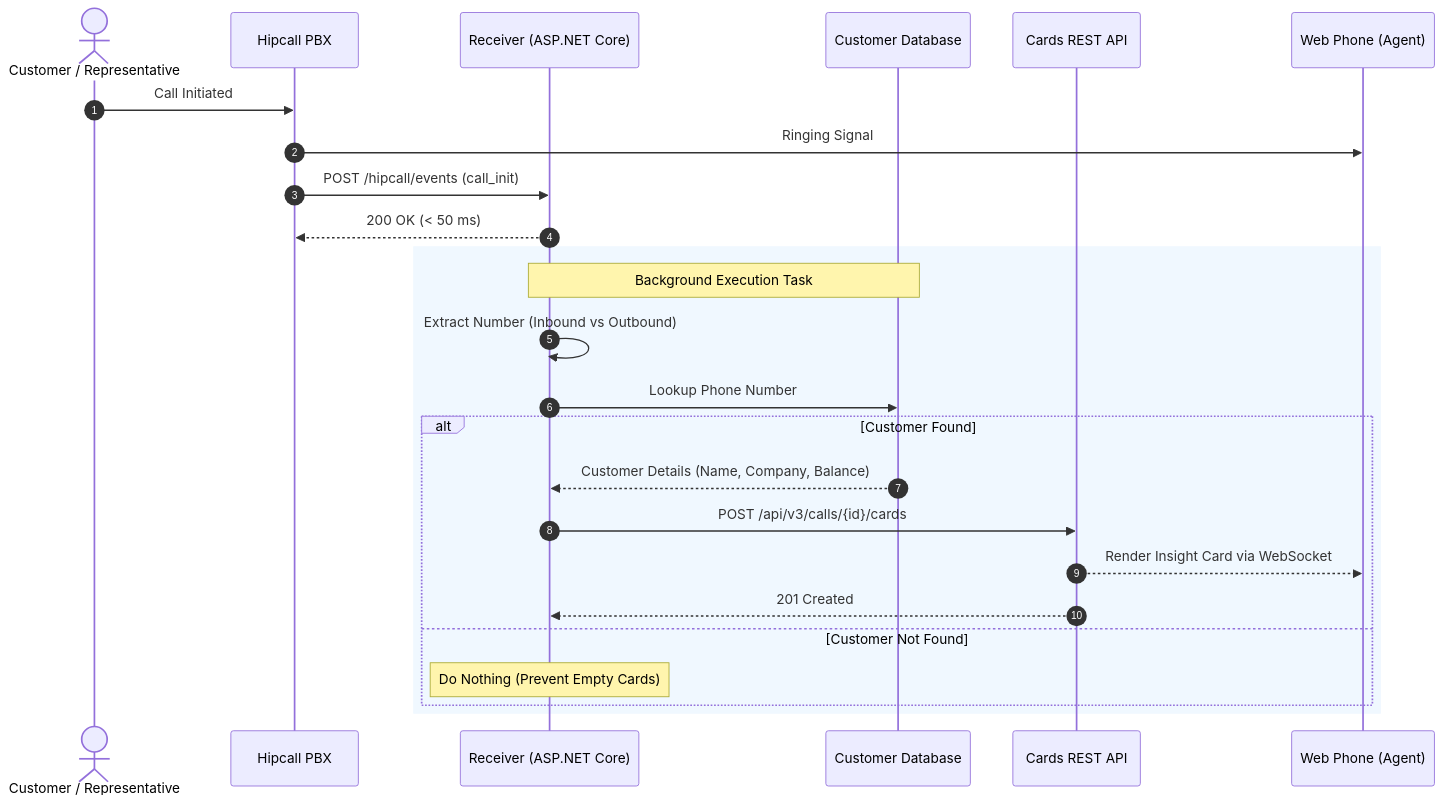
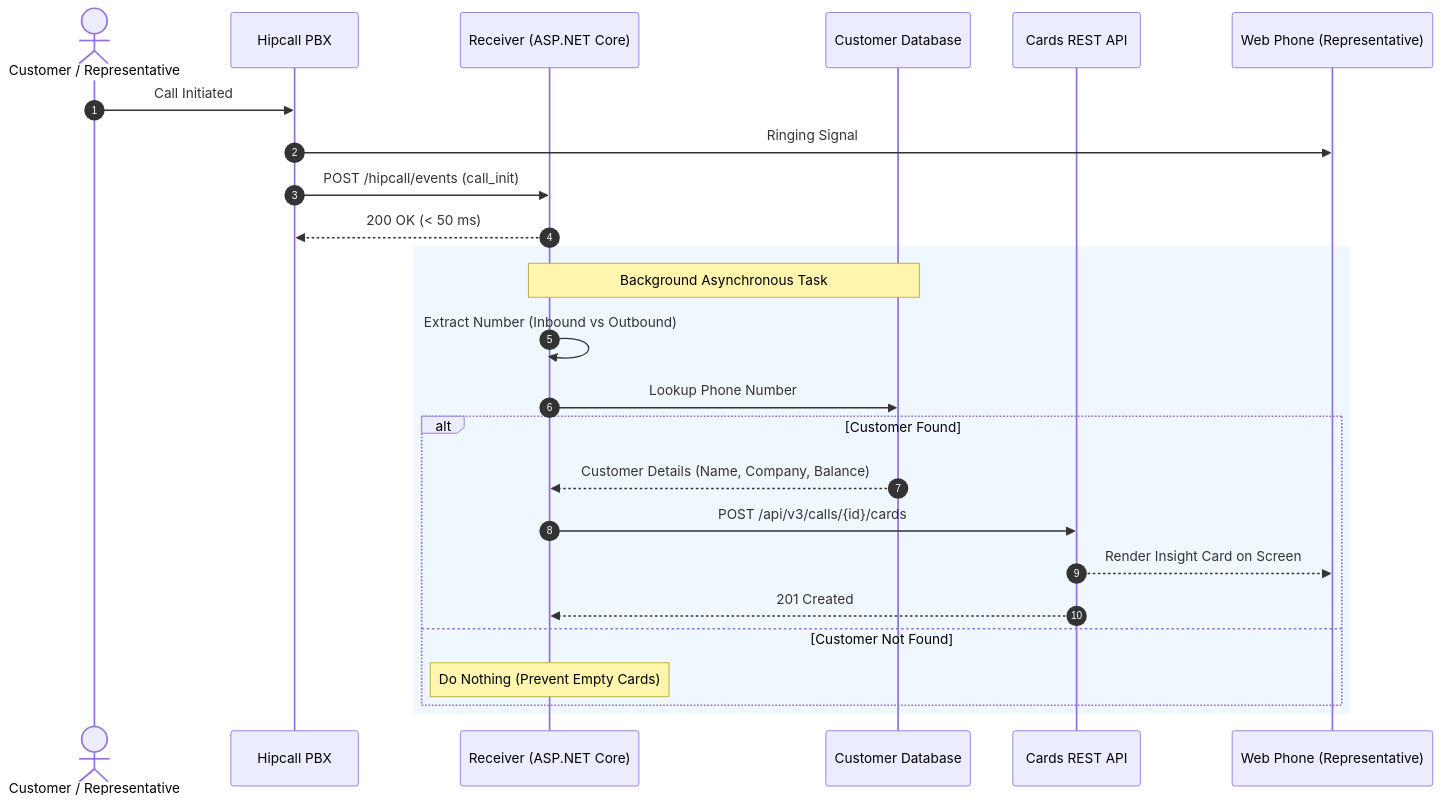
One commit to hipcall/2026-internship changed the diagram in blog/en/05/how-to-show-caller-context-with-insight-card.md. Above: the diagram before and after it, drawn with Mermaid. The commit also changed other lines of this file and 1 other file, not shown here.

````diff
--- a/blog/en/05/how-to-show-caller-context-with-insight-card.md
+++ b/blog/en/05/how-to-show-caller-context-with-insight-card.md
@@ -127,29 +124,29 @@
 ```mermaid
 sequenceDiagram
     autonumber
     actor Caller as Customer / Representative
     participant PBX as Hipcall PBX
     participant Receiver as Receiver (ASP.NET Core)
     participant CRM as Customer Database
     participant CardAPI as Cards REST API
-    participant UI as Web Phone (Agent)
+    participant UI as Web Phone (Representative)
 
     Caller->>PBX: Call Initiated
     PBX->>UI: Ringing Signal
     PBX->>Receiver: POST /hipcall/events (call_init)
     Receiver-->>PBX: 200 OK (< 50 ms)
     
     rect rgb(240, 248, 255)
-        Note over Receiver,CRM: Background Execution Task
+        Note over Receiver,CRM: Background Asynchronous Task
         Receiver->>Receiver: Extract Number (Inbound vs Outbound)
         Receiver->>CRM: Lookup Phone Number
         alt Customer Found
             CRM-->>Receiver: Customer Details (Name, Company, Balance)
             Receiver->>CardAPI: POST /api/v3/calls/{id}/cards
-            CardAPI-->>UI: Render Insight Card via WebSocket
+            CardAPI-->>UI: Render Insight Card on Screen
             CardAPI-->>Receiver: 201 Created
         else Customer Not Found
             Note over Receiver: Do Nothing (Prevent Empty Cards)
         end
     end
 ```
````
